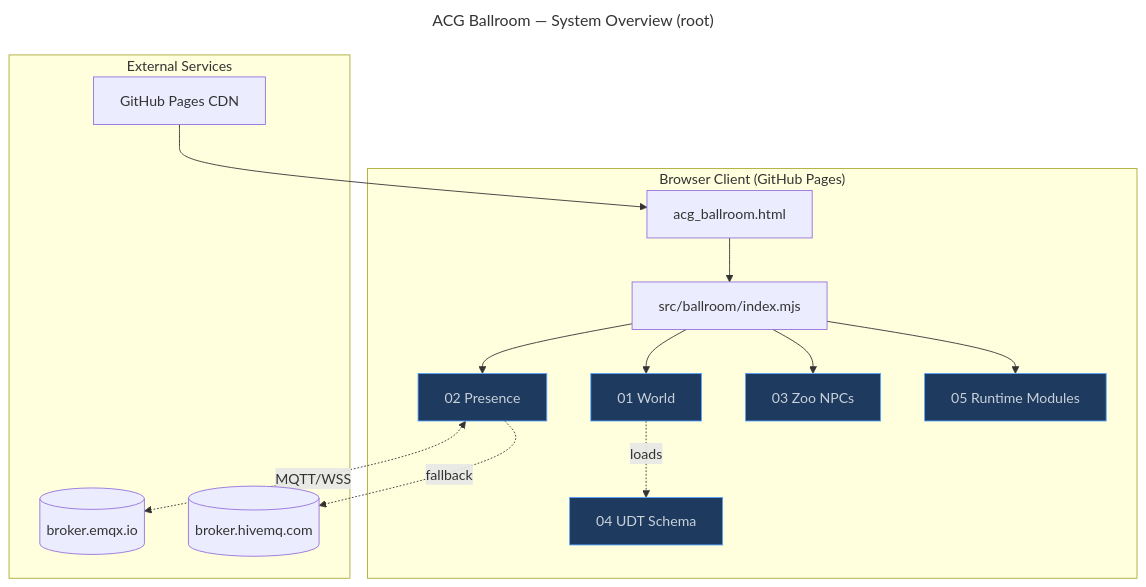
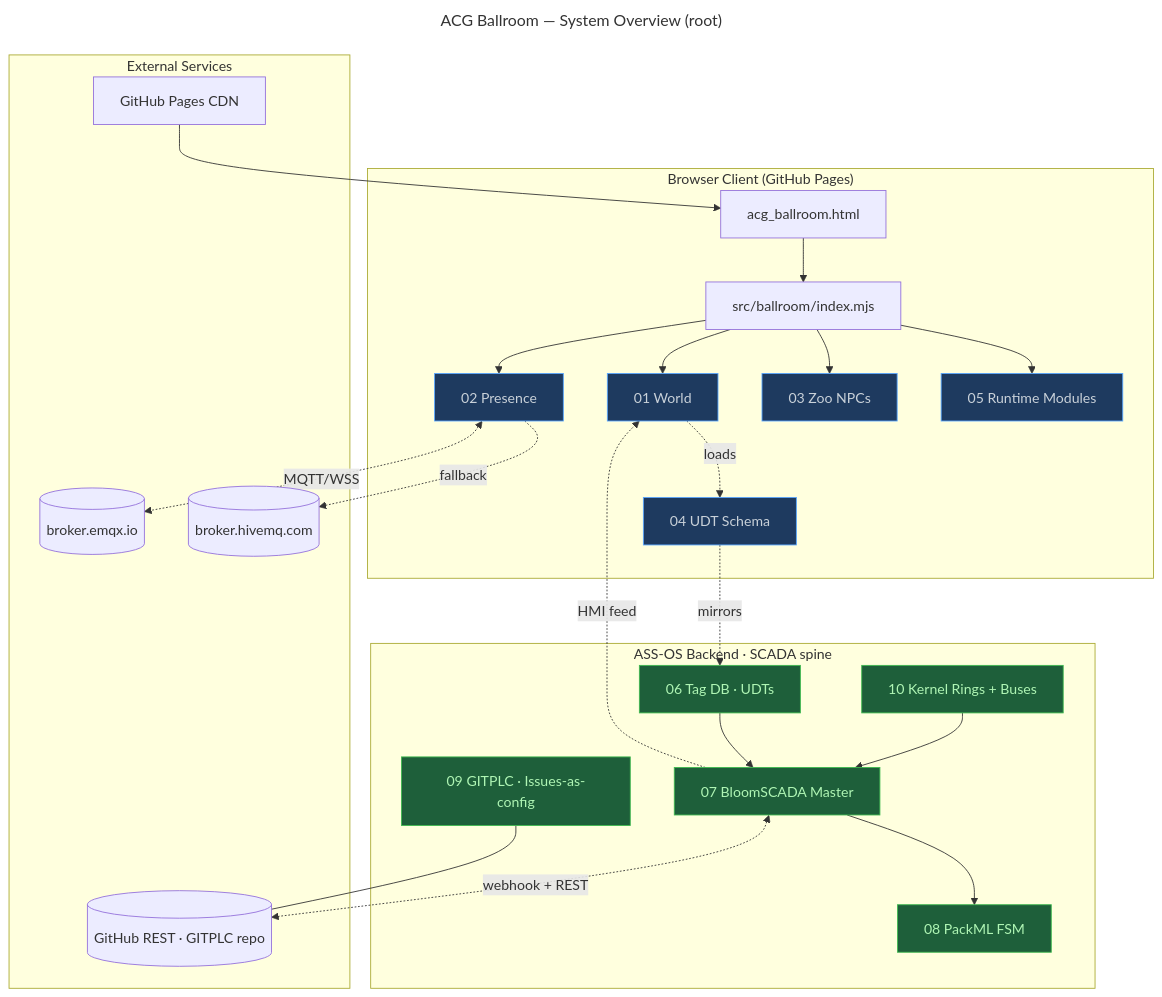
The diagram in docs/architecture/diagrams/00-system.mmd (teslasolar/ACG-Ballroom), drawn with Mermaid before and after one commit. The commit also changed 12 other files, not shown here.

First line of the commit message:
docs: add SCADA/PLC/HMI/Tag/FSM diagrams (06-10)

```diff
--- a/docs/architecture/diagrams/00-system.mmd
+++ b/docs/architecture/diagrams/00-system.mmd
@@ -1,38 +1,62 @@
 ---
 title: ACG Ballroom — System Overview (root)
 ---
 graph TB
     subgraph Browser["Browser Client (GitHub Pages)"]
         HTML[acg_ballroom.html]
         ENTRY[src/ballroom/index.mjs]
         WORLD[01 World]
         PRES[02 Presence]
         ZOO[03 Zoo NPCs]
         UDT[04 UDT Schema]
         MOD[05 Runtime Modules]
     end
 
+    subgraph Backend["ASS-OS Backend · SCADA spine"]
+        TAGS[06 Tag DB · UDTs]
+        SCADA[07 BloomSCADA Master]
+        FSM[08 PackML FSM]
+        GITPLC[09 GITPLC · Issues-as-config]
+        RINGS[10 Kernel Rings + Buses]
+    end
+
     subgraph Net["External Services"]
         EMQX[(broker.emqx.io)]
         HIVE[(broker.hivemq.com)]
         PAGES[GitHub Pages CDN]
+        GHAPI[(GitHub REST · GITPLC repo)]
     end
 
     HTML --> ENTRY
     ENTRY --> WORLD
     ENTRY --> PRES
     ENTRY --> ZOO
     ENTRY --> MOD
     WORLD -.loads.-> UDT
     PRES <-.MQTT/WSS.-> EMQX
     PRES -.fallback.-> HIVE
     PAGES --> HTML
 
-    click WORLD "?diagram=01-world" "Drill into world / rooms / connections"
-    click PRES "?diagram=02-presence" "Drill into MQTT presence"
-    click ZOO "?diagram=03-zoo" "Drill into Konomi zoo roster"
-    click UDT "?diagram=04-udt-data" "Drill into UDT data model"
-    click MOD "?diagram=05-modules" "Drill into module dependency graph"
+    UDT -.mirrors.-> TAGS
+    RINGS --> SCADA
+    TAGS --> SCADA
+    SCADA --> FSM
+    SCADA <-.webhook + REST.-> GHAPI
+    GITPLC --- GHAPI
+    SCADA -. HMI feed .-> WORLD
+
+    click WORLD "?diagram=01-world" "World / rooms / connections"
+    click PRES "?diagram=02-presence" "MQTT presence"
+    click ZOO "?diagram=03-zoo" "Konomi zoo roster"
+    click UDT "?diagram=04-udt-data" "UDT data model"
+    click MOD "?diagram=05-modules" "Module dependency graph"
+    click TAGS "?diagram=06-tags" "Tag UDT types and instances"
+    click SCADA "?diagram=07-scada" "BloomSCADA master / device / operator"
+    click FSM "?diagram=08-fsm" "PackML lifecycle + alarm sub-state"
+    click GITPLC "?diagram=09-gitplc" "GitHub Issues as PLC config and alarm log"
+    click RINGS "?diagram=10-rings" "Kernel ring topology and buses"
 
     classDef drill fill:#1e3a5f,stroke:#58a6ff,color:#c9d1d9,cursor:pointer;
+    classDef back fill:#1e5f3a,stroke:#3fb950,color:#aff5b4,cursor:pointer;
     class WORLD,PRES,ZOO,UDT,MOD drill;
+    class TAGS,SCADA,FSM,GITPLC,RINGS back;
```
